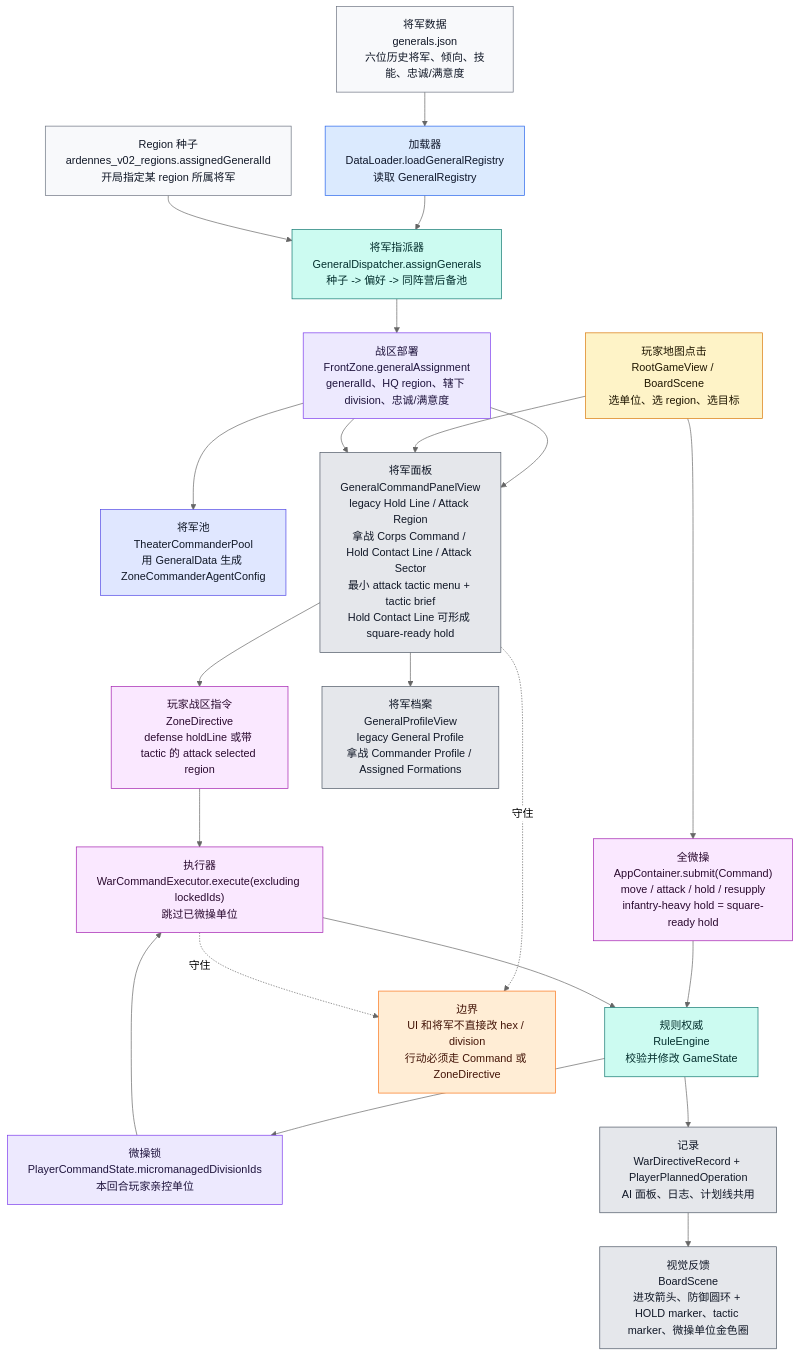
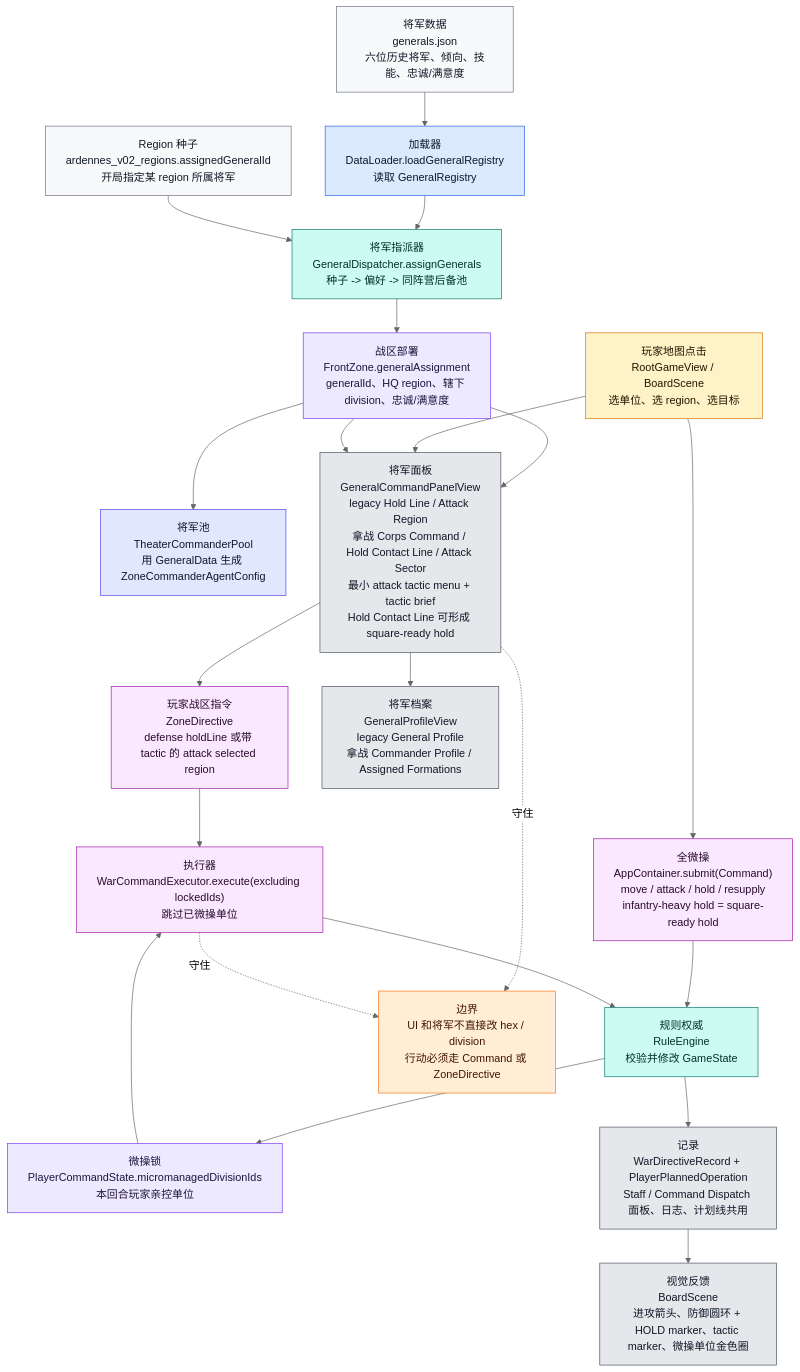
The ninth of 9 diagrams in md/flow/flowchart.md (Altman-sam114/122), drawn with Mermaid (neutral theme) before and after one commit. The commit also changed other lines of this file and 8 other files, not shown here.

````diff
--- a/md/flow/flowchart.md
+++ b/md/flow/flowchart.md
@@ -469,42 +469,42 @@
 ```mermaid
 flowchart TD
     GJSON["将军数据<br/>generals.json<br/>六位历史将军、倾向、技能、忠诚/满意度"]:::data
     RJSON["Region 种子<br/>ardennes_v02_regions.assignedGeneralId<br/>开局指定某 region 所属将军"]:::data
     DL["加载器<br/>DataLoader.loadGeneralRegistry<br/>读取 GeneralRegistry"]:::loader
     DISP["将军指派器<br/>GeneralDispatcher.assignGenerals<br/>种子 -> 偏好 -> 同阵营后备池"]:::rules
     FZ["战区部署<br/>FrontZone.generalAssignment<br/>generalId、HQ region、辖下 division、忠诚/满意度"]:::state
     POOL["将军池<br/>TheaterCommanderPool<br/>用 GeneralData 生成 ZoneCommanderAgentConfig"]:::ai
 
     TAP["玩家地图点击<br/>RootGameView / BoardScene<br/>选单位、选 region、选目标"]:::input
     MICRO["全微操<br/>AppContainer.submit(Command)<br/>move / attack / hold / resupply<br/>infantry-heavy hold = square-ready hold"]:::command
     LOCK["微操锁<br/>PlayerCommandState.micromanagedDivisionIds<br/>本回合玩家亲控单位"]:::state
     GENUI["将军面板<br/>GeneralCommandPanelView<br/>legacy Hold Line / Attack Region<br/>拿战 Corps Command / Hold Contact Line / Attack Sector<br/>最小 attack tactic menu + tactic brief<br/>Hold Contact Line 可形成 square-ready hold"]:::ui
     ZD["玩家战区指令<br/>ZoneDirective<br/>defense holdLine 或带 tactic 的 attack selected region"]:::command
     WCE["执行器<br/>WarCommandExecutor.execute(excluding lockedIds)<br/>跳过已微操单位"]:::command
     RE["规则权威<br/>RuleEngine<br/>校验并修改 GameState"]:::rules
-    RECORD["记录<br/>WarDirectiveRecord + PlayerPlannedOperation<br/>AI 面板、日志、计划线共用"]:::ui
+    RECORD["记录<br/>WarDirectiveRecord + PlayerPlannedOperation<br/>Staff / Command Dispatch 面板、日志、计划线共用"]:::ui
     BOARD["视觉反馈<br/>BoardScene<br/>进攻箭头、防御圆环 + HOLD marker、tactic marker、微操单位金色圈"]:::ui
     PROFILE["将军档案<br/>GeneralProfileView<br/>legacy General Profile<br/>拿战 Commander Profile / Assigned Formations"]:::ui
 
     GJSON --> DL --> DISP
     RJSON --> DISP --> FZ --> POOL
     FZ --> GENUI --> PROFILE
     TAP --> MICRO --> RE --> LOCK
     LOCK --> WCE
     TAP --> GENUI --> ZD --> WCE --> RE --> RECORD --> BOARD
     FZ --> GENUI
 
     WARN["边界<br/>UI 和将军不直接改 hex / division<br/>行动必须走 Command 或 ZoneDirective"]:::warn
     GENUI -.守住.-> WARN
     WCE -.守住.-> WARN
 
     classDef data fill:#f8f9fb,stroke:#6b7280,color:#111827
     classDef loader fill:#dbeafe,stroke:#2563eb,color:#0f172a
     classDef state fill:#ede9fe,stroke:#7c3aed,color:#1f143d
     classDef ai fill:#e0e7ff,stroke:#4f46e5,color:#111827
     classDef input fill:#fef3c7,stroke:#d97706,color:#1f1600
     classDef command fill:#fae8ff,stroke:#a21caf,color:#2a0a2f
     classDef rules fill:#ccfbf1,stroke:#0f766e,color:#042f2e
     classDef ui fill:#e5e7eb,stroke:#4b5563,color:#111827
     classDef warn fill:#ffedd5,stroke:#f97316,color:#431407
 ```
````
